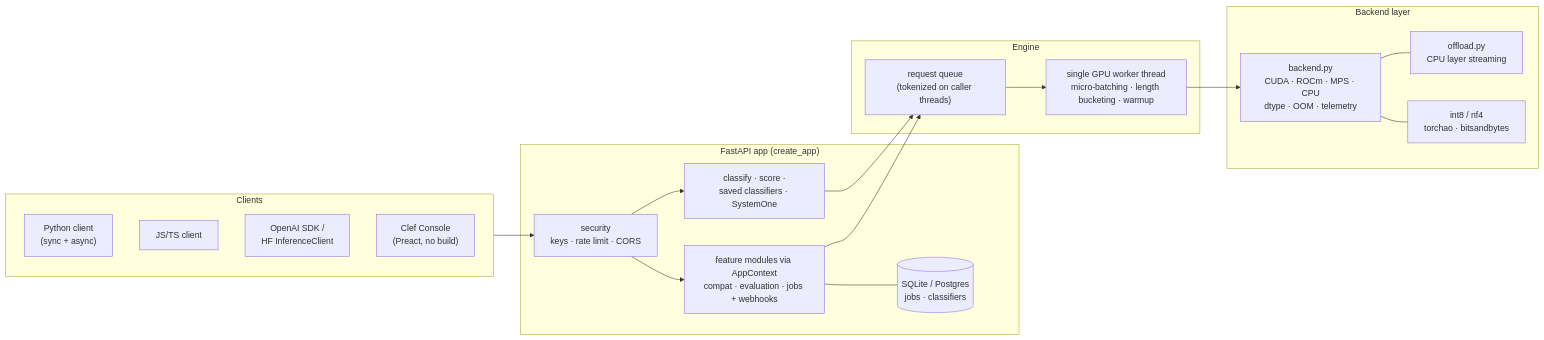
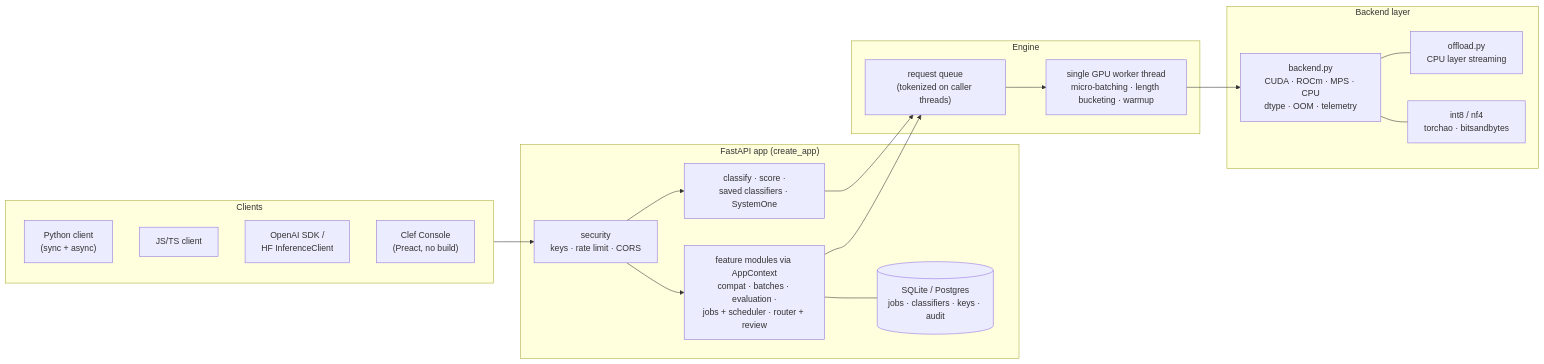
The diagram in README.md (MiguelCarrascoB/clef), drawn with Mermaid before and after one commit. The commit also changed other lines of this file and 6 other files, not shown here.

First line of the commit message:
Docs: README refresh, stale docs fixed, graph-capture claim corrected

````diff
--- a/README.md
+++ b/README.md
@@ -162,28 +162,28 @@
 ```mermaid
 flowchart LR
     subgraph clients["Clients"]
         PY["Python client<br/>(sync + async)"]
         JS["JS/TS client"]
         OAI["OpenAI SDK /<br/>HF InferenceClient"]
         UI["Clef Console<br/>(Preact, no build)"]
     end
     subgraph server["FastAPI app (create_app)"]
         SEC["security<br/>keys · rate limit · CORS"]
         CORE["classify · score ·<br/>saved classifiers · SystemOne"]
-        FEAT["feature modules via AppContext<br/>compat · evaluation · jobs + webhooks"]
-        DB[("SQLite / Postgres<br/>jobs · classifiers")]
+        FEAT["feature modules via AppContext<br/>compat · batches · evaluation ·<br/>jobs + scheduler · router + review"]
+        DB[("SQLite / Postgres<br/>jobs · classifiers · keys · audit")]
     end
     subgraph engine["Engine"]
         Q["request queue<br/>(tokenized on caller threads)"]
         W["single GPU worker thread<br/>micro-batching · length bucketing · warmup"]
     end
     subgraph hw["Backend layer"]
         BK["backend.py<br/>CUDA · ROCm · MPS · CPU<br/>dtype · OOM · telemetry"]
         OFF["offload.py<br/>CPU layer streaming"]
         QNT["int8 / nf4<br/>torchao · bitsandbytes"]
     end
     clients --> SEC --> CORE & FEAT
     FEAT --- DB
     CORE & FEAT --> Q --> W --> BK
     BK --- OFF & QNT
 ```
````
